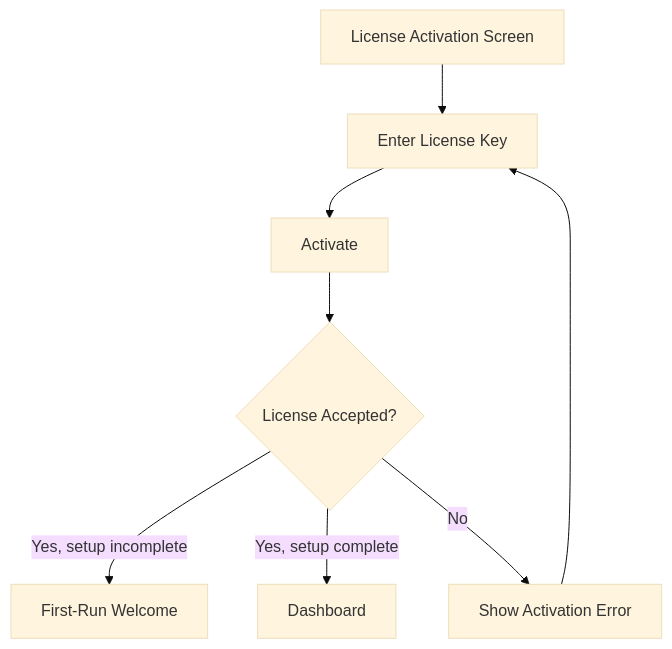
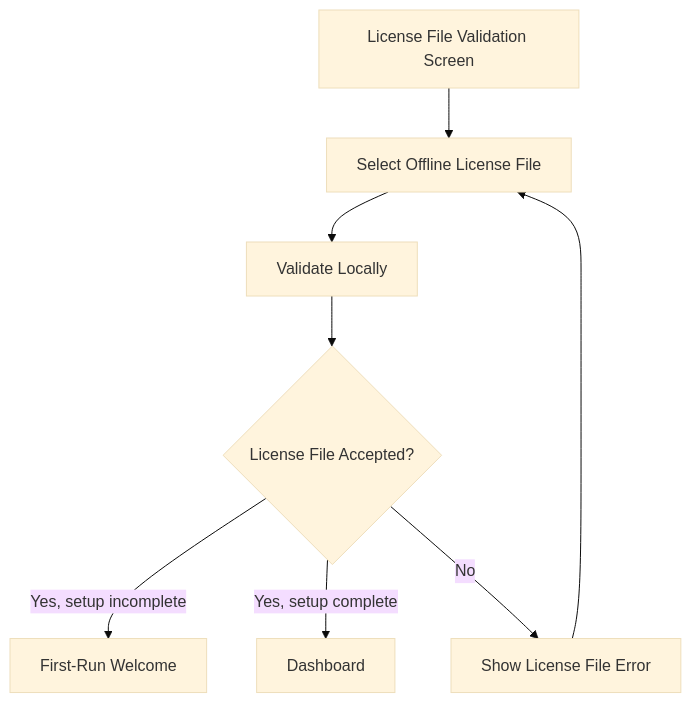
The third of 25 diagrams in docs/user-flow.md (yukasung/tiewtrade), drawn with Mermaid (base theme) before and after one commit. The commit also changed other lines of this file and 5 other files, not shown here.

Commit message:
Align architecture documentation decisions

````diff
--- a/docs/user-flow.md
+++ b/docs/user-flow.md
@@ -232,10 +232,10 @@
 ```mermaid
 flowchart TD
-    A["License Activation Screen"] --> B["Enter License Key"]
-    B --> C["Activate"]
-    C --> D{"License Accepted?"}
+    A["License File Validation Screen"] --> B["Select Offline License File"]
+    B --> C["Validate Locally"]
+    C --> D{"License File Accepted?"}
     D -- "Yes, setup incomplete" --> E["First-Run Welcome"]
     D -- "Yes, setup complete" --> F["Dashboard"]
-    D -- "No" --> G["Show Activation Error"]
+    D -- "No" --> G["Show License File Error"]
     G --> B
 ```
````
